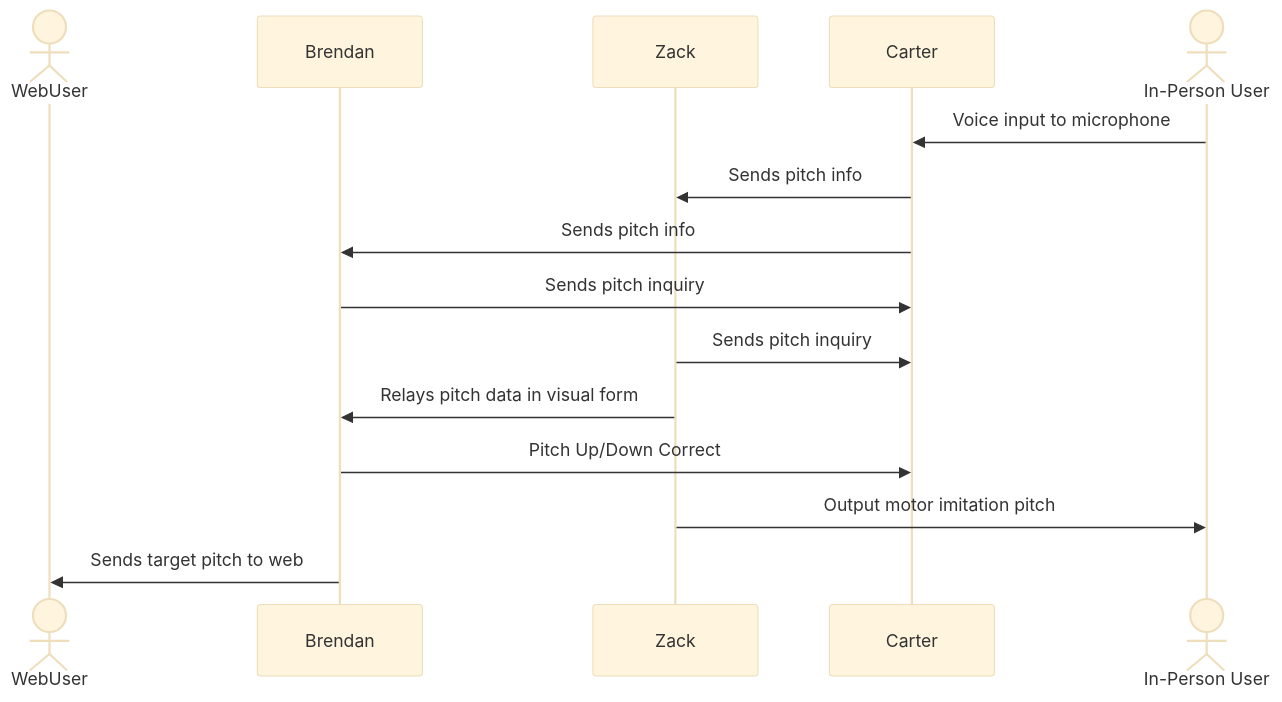
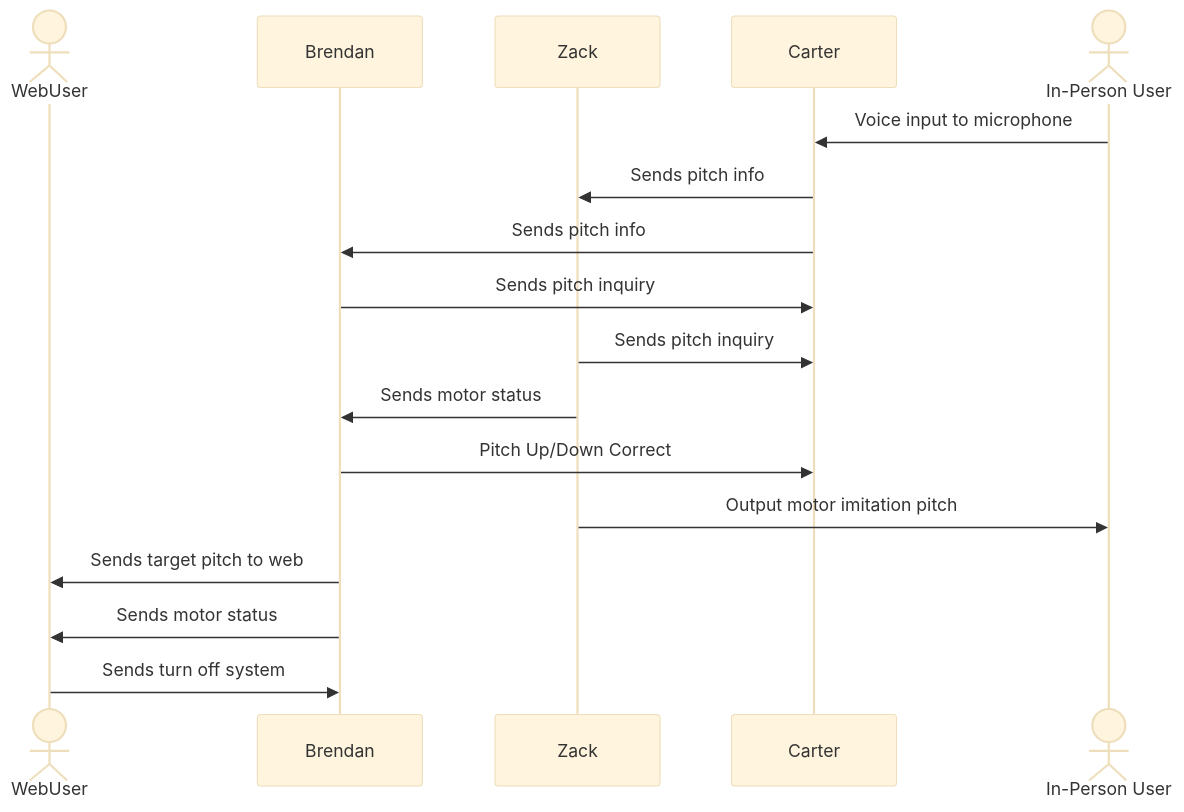
The diagram in docs/Block Diagram, Process Diagram, and Message Structure/Communication_Process.md (EGR314-2025-S-203/Team203.github.io), drawn with Mermaid (base theme) before and after one commit.

````diff
--- a/docs/Block Diagram, Process Diagram, and Message Structure/Communication_Process.md
+++ b/docs/Block Diagram, Process Diagram, and Message Structure/Communication_Process.md
@@ -6,20 +6,23 @@
 ```mermaid
 
 sequenceDiagram
     actor W as WebUser
     participant Brendan
     participant Zack
     participant Carter
   actor I as In-Person User
     
     I->>Carter: Voice input to microphone
     Carter->>Zack: Sends pitch info
     Carter->>Brendan: Sends pitch info
     Brendan ->> Carter: Sends pitch inquiry
     Zack->>Carter: Sends pitch inquiry
-    Zack->>Brendan: Relays pitch data in visual form
+    Zack->>Brendan: Sends motor status 
     Brendan->>Carter: Pitch Up/Down Correct
     Zack->>I: Output motor imitation pitch
+    
 
 Brendan ->> W: Sends target pitch to web
+Brendan ->> W: Sends motor status
+W ->> Brendan: Sends turn off system
 ``` 
````
